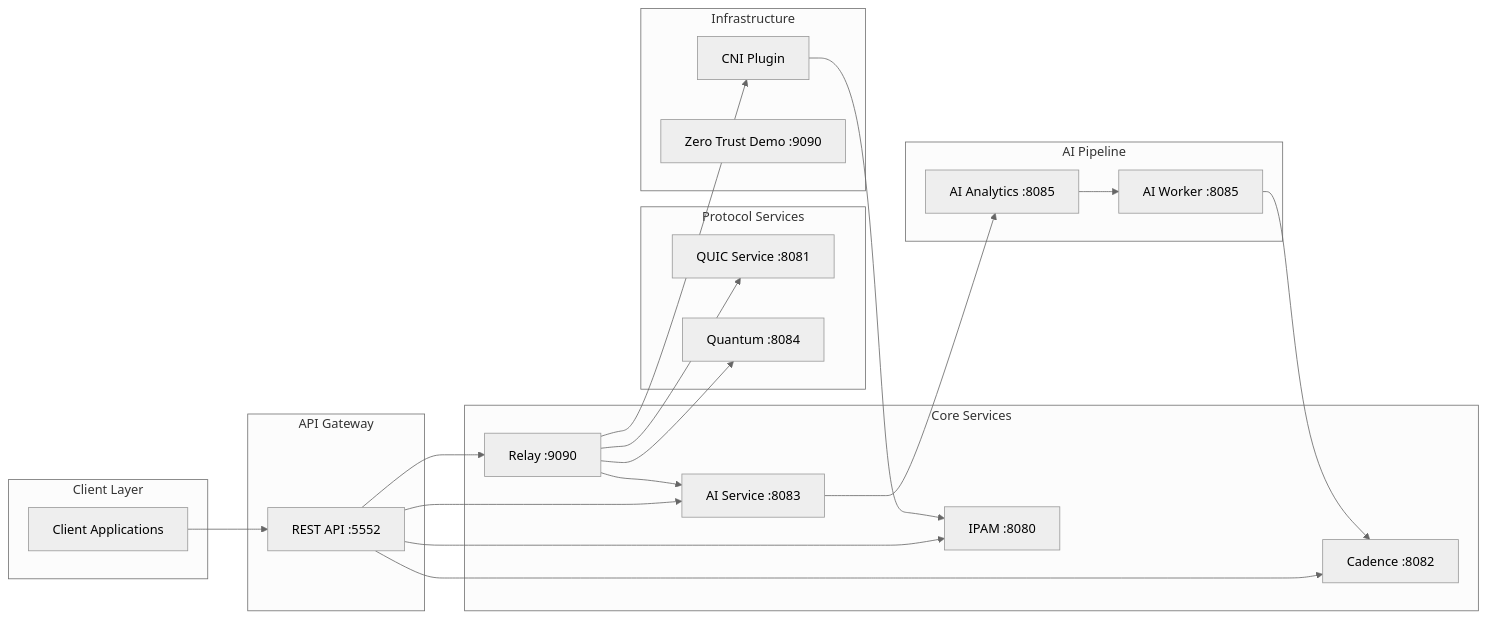
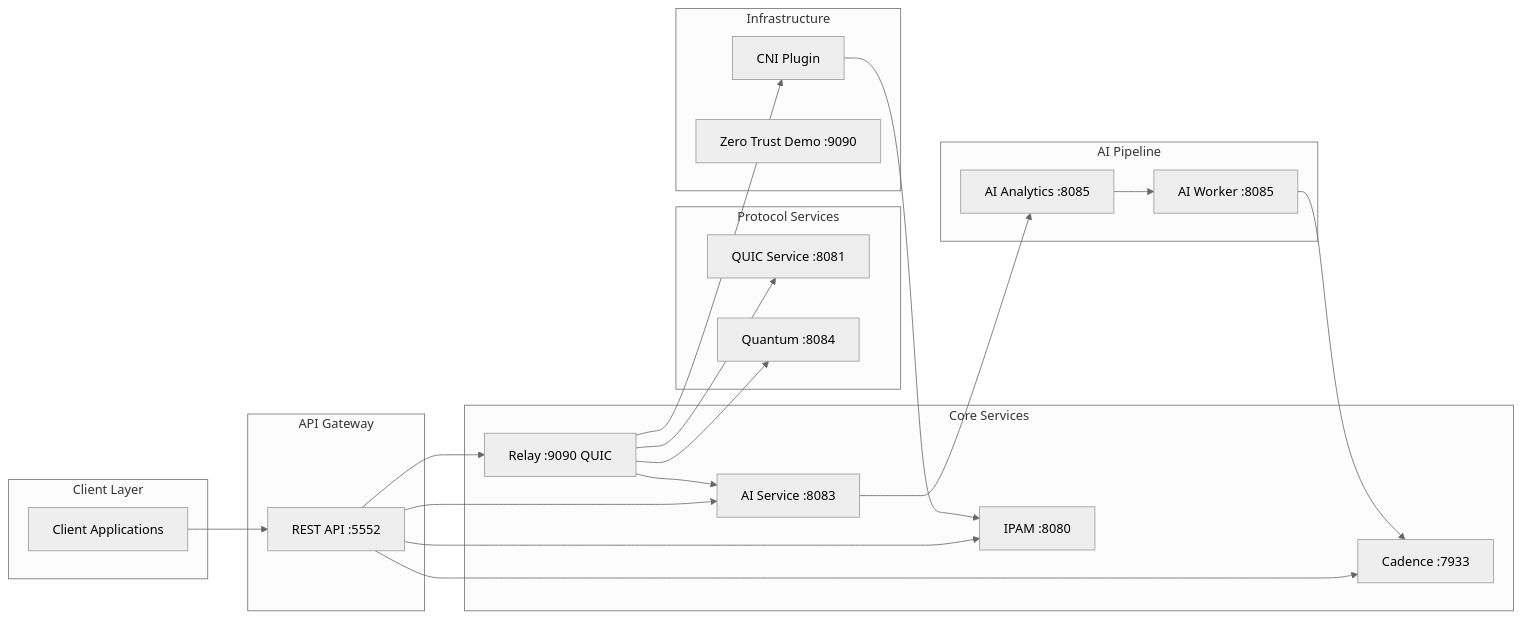
The fifth of 26 diagrams in docs/architecture/ARCHITECTURE_ANALYSIS.md (twogc/cloudbridge-relay-installer), drawn with Mermaid (neutral theme) before and after one commit. The commit also changed other lines of this file and 18 other files, not shown here.

````diff
--- a/docs/architecture/ARCHITECTURE_ANALYSIS.md
+++ b/docs/architecture/ARCHITECTURE_ANALYSIS.md
@@ -555,49 +555,49 @@
 ```mermaid
 graph LR
     subgraph "Client Layer"
         CLIENT[Client Applications]
     end
     
     subgraph "API Gateway"
         API[REST API :5552]
     end
     
     subgraph "Core Services"
-        RELAY[Relay :9090]
+        RELAY[Relay :9090 QUIC]
         AI[AI Service :8083]
-        CAD[Cadence :8082]
+        CAD[Cadence :7933]
         IPAM[IPAM :8080]
     end
     
     subgraph "Protocol Services"
         QUIC[QUIC Service :8081]
         QUANTUM[Quantum :8084]
     end
     
     subgraph "AI Pipeline"
         AI_ANALYTICS[AI Analytics :8085]
         AI_WORKER[AI Worker :8085]
     end
     
     subgraph "Infrastructure"
         CNI[CNI Plugin]
         ZT[Zero Trust Demo :9090]
     end
     
     CLIENT --> API
     API --> RELAY
     API --> AI
     API --> CAD
     API --> IPAM
     
     RELAY --> QUIC
     RELAY --> QUANTUM
     RELAY --> AI
     
     AI --> AI_ANALYTICS
     AI_ANALYTICS --> AI_WORKER
     AI_WORKER --> CAD
     
     RELAY --> CNI
     CNI --> IPAM
 ```
````
